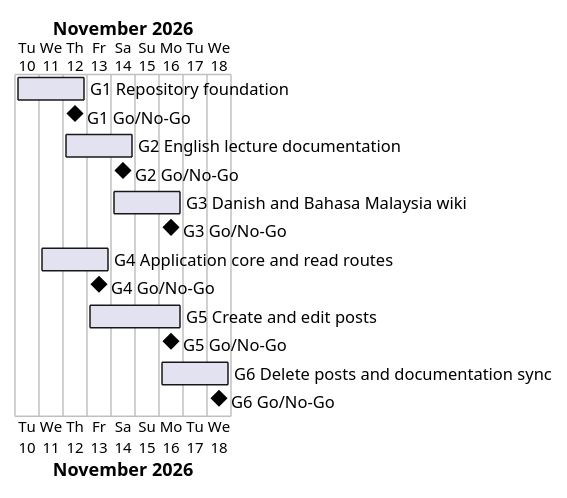
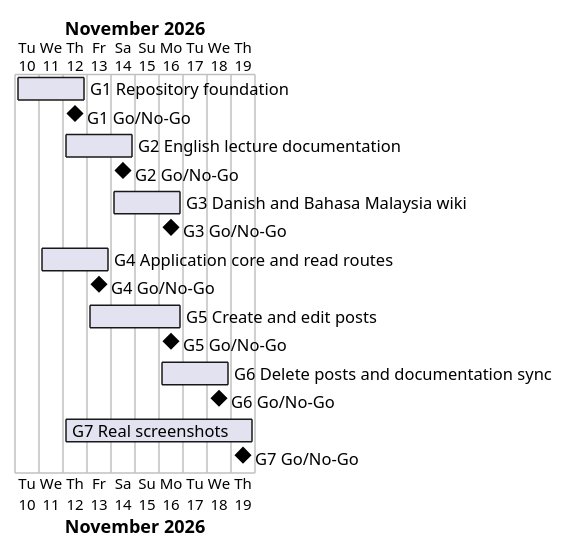
One commit to Tirsvad-Udemy-100-days-of-code/067-blog-capstone-part-3 changed the diagram in docs/project-plan.md. Above: the diagram before and after it, drawn with PlantUML. The commit also changed other lines of this file and 6 other files, not shown here.

Commit message:
Plan G7 real screenshots: MIL-007, BC and PP revisions, RC-020 to RC-022

````diff
--- a/docs/project-plan.md
+++ b/docs/project-plan.md
@@ -41,17 +42,19 @@
 ```plantuml
 @startgantt
 Project starts 2026-11-10
 [G1 Repository foundation] starts 2026-11-10 and ends 2026-11-12
 [G1 Go/No-Go] happens 2026-11-12
 [G2 English lecture documentation] starts 2026-11-12 and ends 2026-11-14
 [G2 Go/No-Go] happens 2026-11-14
 [G3 Danish and Bahasa Malaysia wiki] starts 2026-11-14 and ends 2026-11-16
 [G3 Go/No-Go] happens 2026-11-16
 [G4 Application core and read routes] starts 2026-11-11 and ends 2026-11-13
 [G4 Go/No-Go] happens 2026-11-13
 [G5 Create and edit posts] starts 2026-11-13 and ends 2026-11-16
 [G5 Go/No-Go] happens 2026-11-16
 [G6 Delete posts and documentation sync] starts 2026-11-16 and ends 2026-11-18
 [G6 Go/No-Go] happens 2026-11-18
+[G7 Real screenshots] starts 2026-11-12 and ends 2026-11-19
+[G7 Go/No-Go] happens 2026-11-19
 @endgantt
 ```
````
